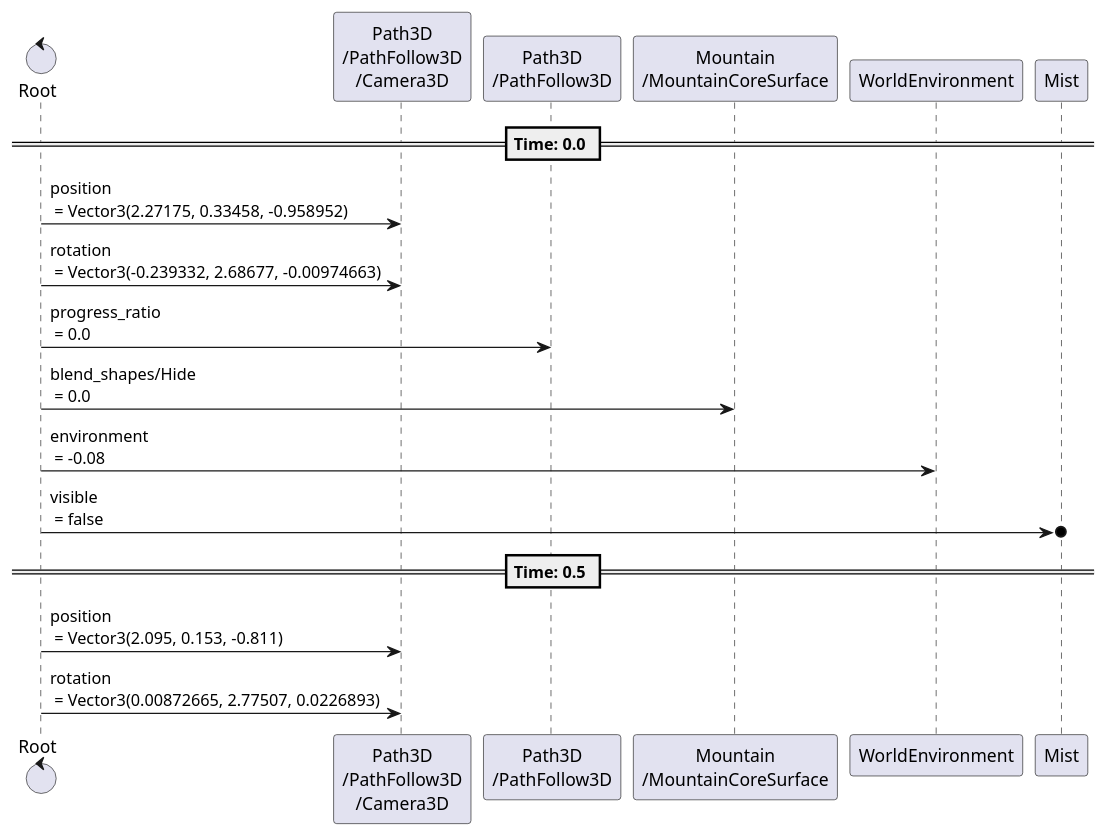
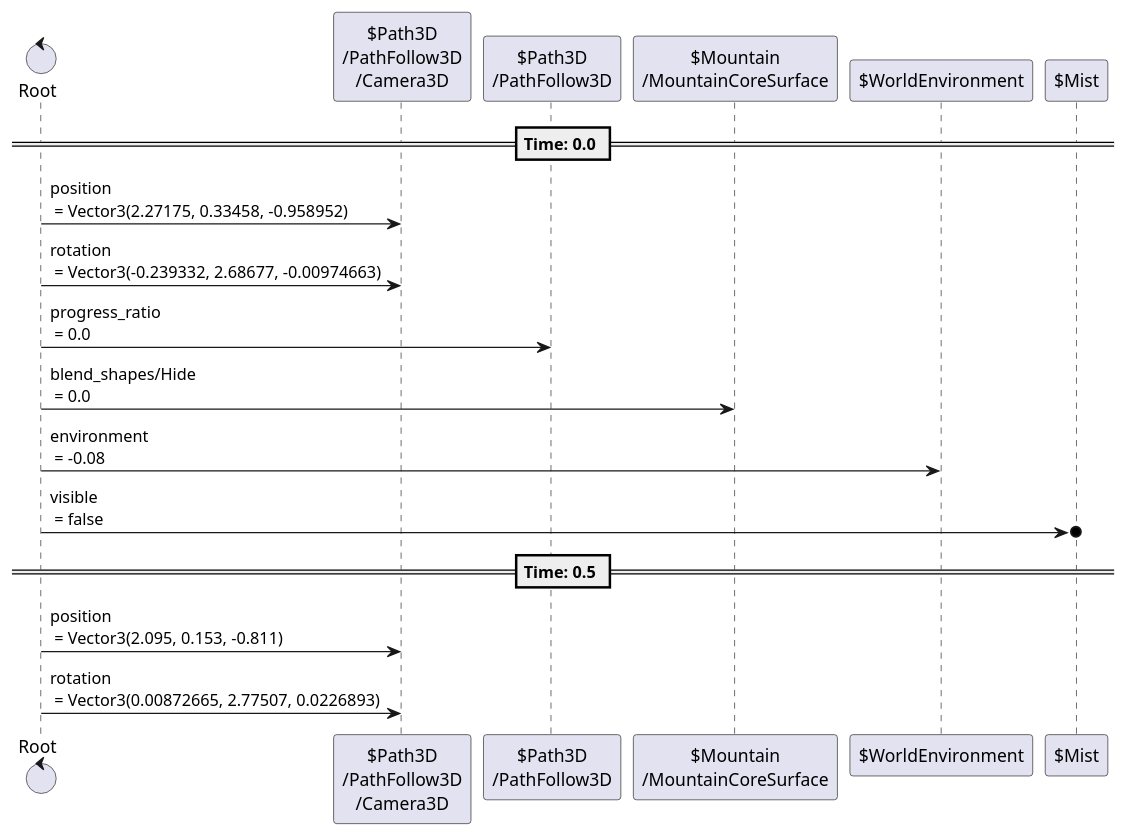
One commit to tkmfujise/Platformer-Game-Learning changed diagram 16 of 23 in content/scenes/src/world/world.tscn.adoc. Above: the diagram before and after it, drawn with PlantUML. The commit also changed other lines of this file and 31 other files, not shown here.

Commit message:
Add prefix $ to node name in animation sequences

```diff
--- a/content/scenes/src/world/world.tscn.adoc
+++ b/content/scenes/src/world/world.tscn.adoc
@@ -507,24 +507,24 @@
 [plantuml]
 ....
-control "Root" as Root
-participant "Path3D\n/PathFollow3D\n/Camera3D" as T0
-participant "Path3D\n/PathFollow3D" as T2
-participant "Mountain\n/MountainCoreSurface" as T3
-participant "WorldEnvironment" as T4
-participant "Mist" as T5
+control "Root" as R
+participant "$Path3D\n/PathFollow3D\n/Camera3D" as T0
+participant "$Path3D\n/PathFollow3D" as T2
+participant "$Mountain\n/MountainCoreSurface" as T3
+participant "$WorldEnvironment" as T4
+participant "$Mist" as T5
 
 
 
 == Time: 0.0 ==
-Root  ->  T0 : position\n = Vector3(2.27175, 0.33458, -0.958952)
-Root  ->  T0 : rotation\n = Vector3(-0.239332, 2.68677, -0.00974663)
-Root  ->  T2 : progress_ratio\n = 0.0
-Root  ->  T3 : blend_shapes/Hide\n = 0.0
-Root  ->  T4 : environment\n = -0.08
-Root  ->o  T5 : visible\n = false
+R  ->  T0 : position\n = Vector3(2.27175, 0.33458, -0.958952)
+R  ->  T0 : rotation\n = Vector3(-0.239332, 2.68677, -0.00974663)
+R  ->  T2 : progress_ratio\n = 0.0
+R  ->  T3 : blend_shapes/Hide\n = 0.0
+R  ->  T4 : environment\n = -0.08
+R  ->o  T5 : visible\n = false
 == Time: 0.5 ==
-Root  ->  T0 : position\n = Vector3(2.095, 0.153, -0.811)
-Root  ->  T0 : rotation\n = Vector3(0.00872665, 2.77507, 0.0226893)
+R  ->  T0 : position\n = Vector3(2.095, 0.153, -0.811)
+R  ->  T0 : rotation\n = Vector3(0.00872665, 2.77507, 0.0226893)
 
 
 ....
```
